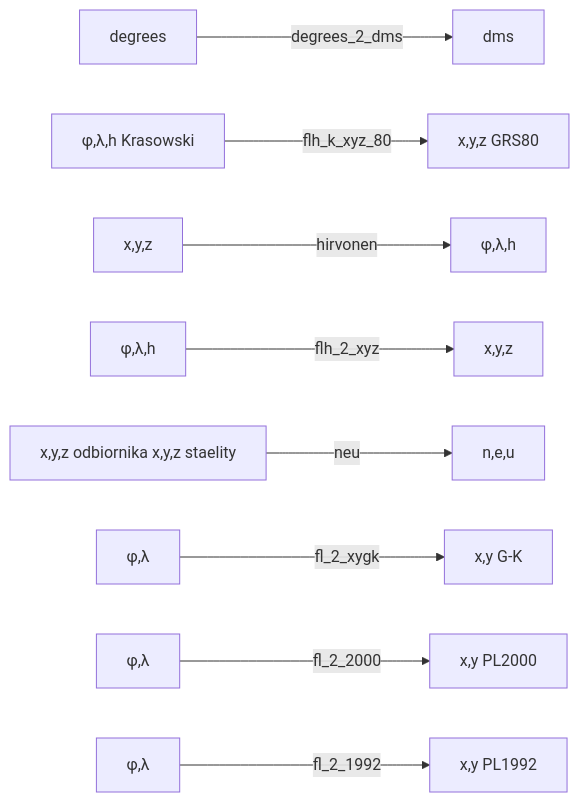
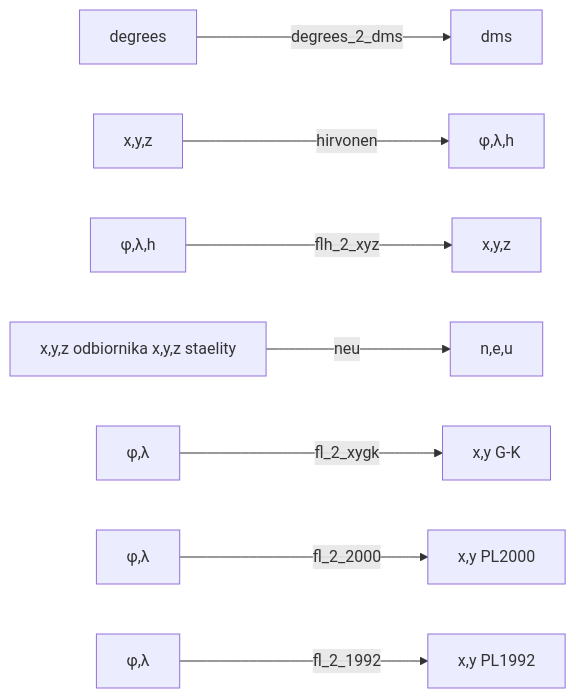
The diagram in README.md (Votum1103/ProjektTransformacje), drawn with Mermaid before and after one commit. The commit also changed other lines of this file, not shown here.

````diff
--- a/README.md
+++ b/README.md
@@ -12,11 +12,10 @@
 ```mermaid
 graph LR
 A[degrees] -->|degrees_2_dms| B[dms]
-C[φ,λ,h Krasowski] -->|flh_k_xyz_80| D[x,y,z GRS80]
 E[x,y,z] -->|hirvonen| F[φ,λ,h]
 G[φ,λ,h] -->|flh_2_xyz| H[x,y,z]
 I[x,y,z odbiornika x,y,z staelity] -->|neu| J[n,e,u]
 K[φ,λ] -->|fl_2_xygk| L[x,y G-K]
 M[φ,λ] -->|fl_2_2000| N[x,y PL2000]
 O[φ,λ] -->|fl_2_1992| P[x,y PL1992]
 ```
````
